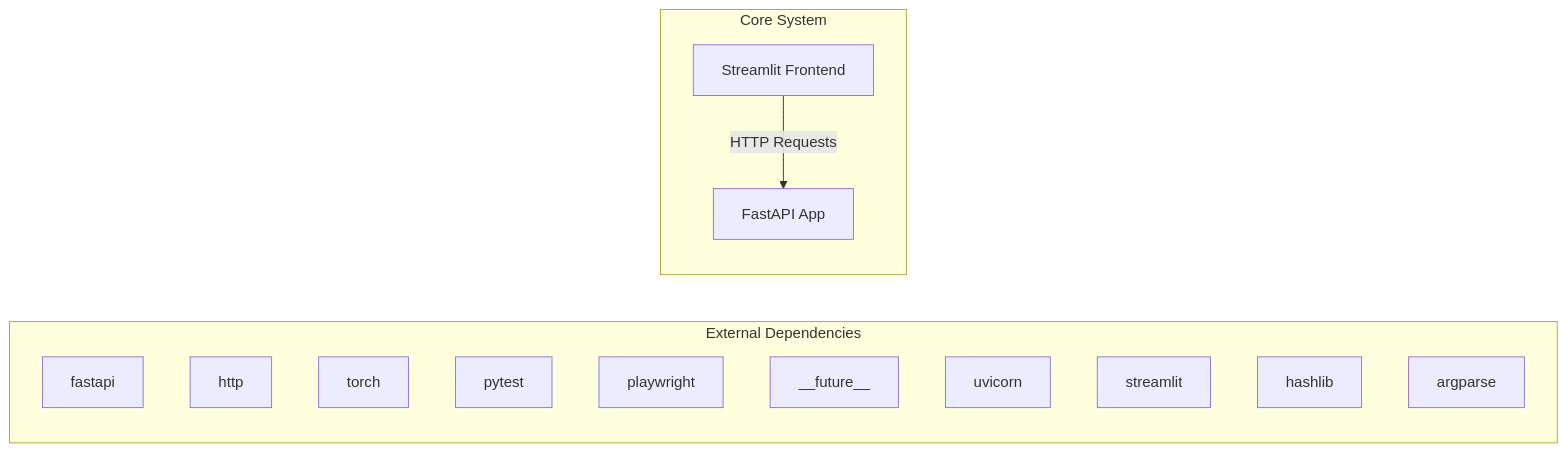
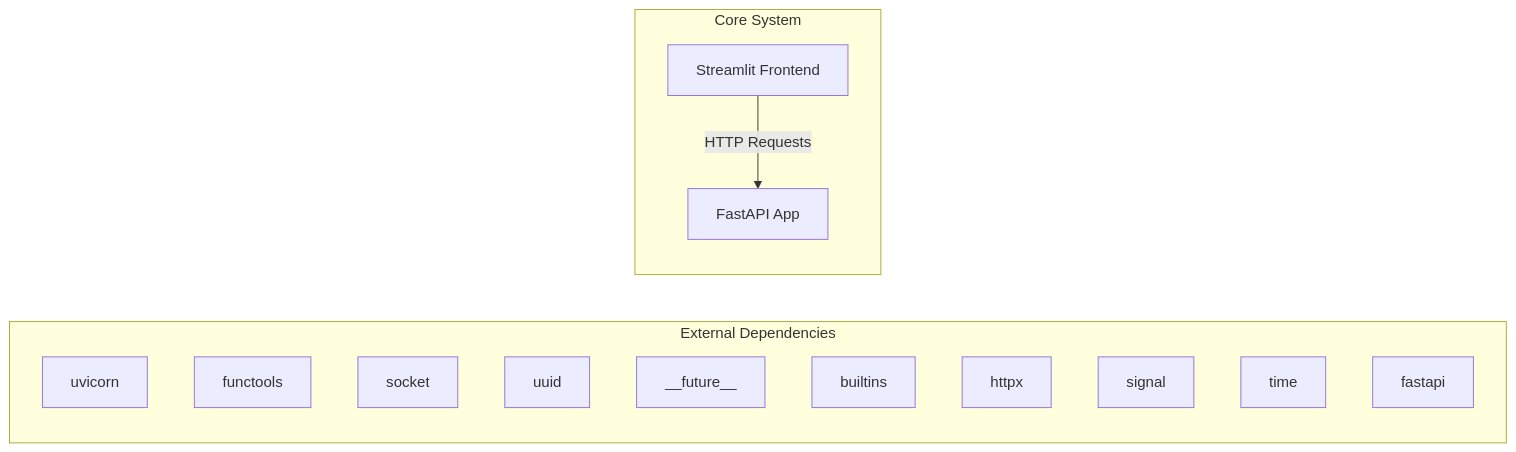
The first of 2 diagrams in docs/architecture.md (NITISH-R-G/rag-context-optimizer), drawn with Mermaid before and after one commit. The commit also changed other lines of this file and 1 other file, not shown here.

Commit message:
docs: auto-update repository knowledge, architecture diagrams, and documentation

````diff
--- a/docs/architecture.md
+++ b/docs/architecture.md
@@ -7,20 +7,20 @@
 ```mermaid
 graph LR
     subgraph External Dependencies
-        E0["fastapi"]
-        E1["http"]
-        E2["torch"]
-        E3["pytest"]
-        E4["playwright"]
-        E5["__future__"]
-        E6["uvicorn"]
-        E7["streamlit"]
-        E8["hashlib"]
-        E9["argparse"]
+        E0["uvicorn"]
+        E1["functools"]
+        E2["socket"]
+        E3["uuid"]
+        E4["__future__"]
+        E5["builtins"]
+        E6["httpx"]
+        E7["signal"]
+        E8["time"]
+        E9["fastapi"]
     end
     subgraph Core System
         API["FastAPI App"]
         UI["Streamlit Frontend"]
     end
     UI -->|HTTP Requests| API
 ```
````
